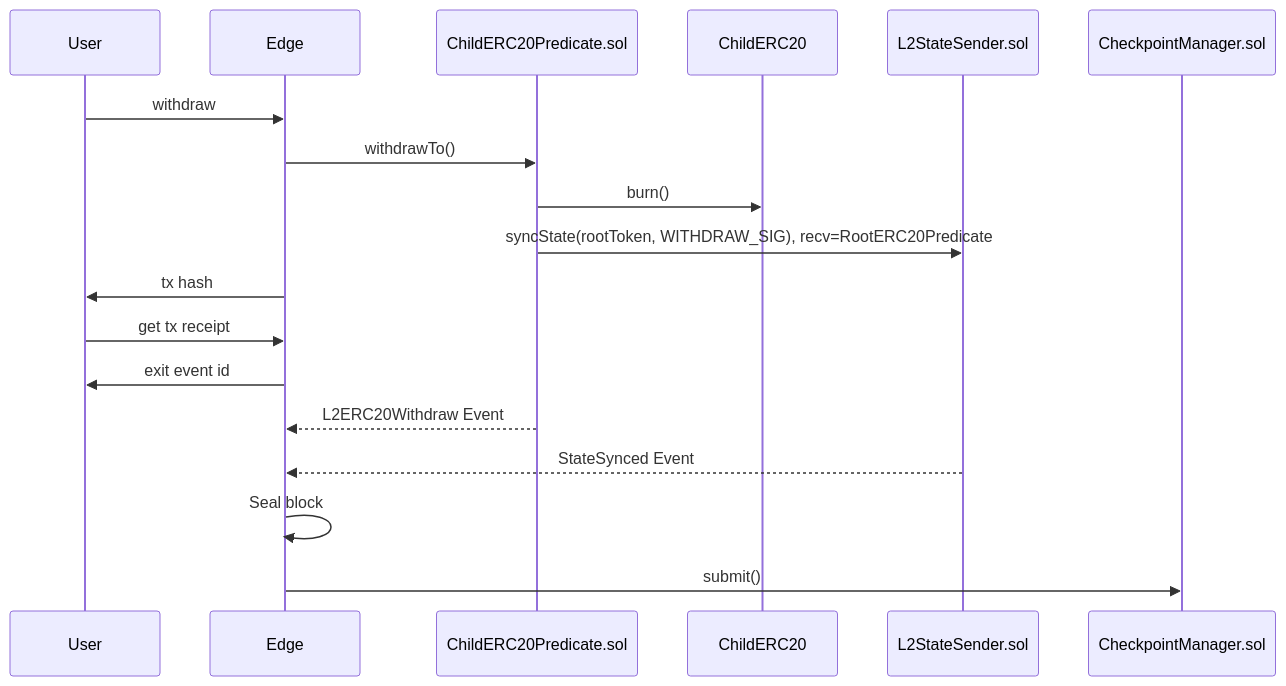
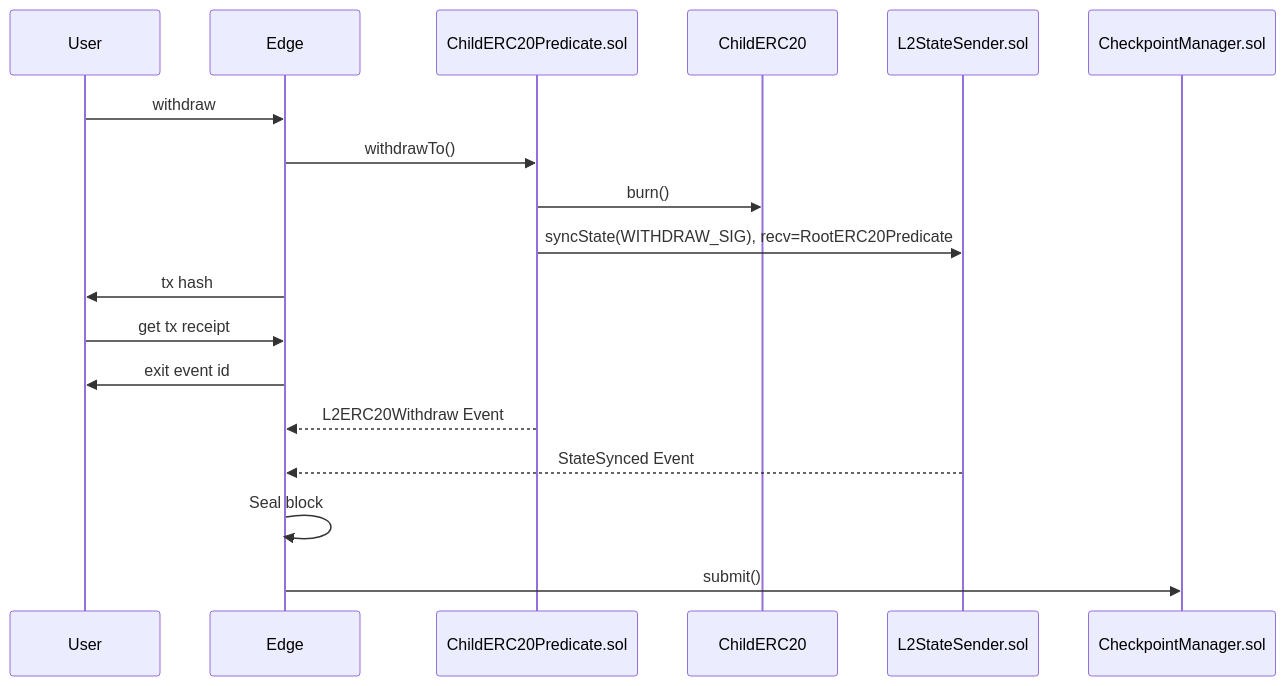
Before and after one commit to 0xPolygon/polygon-edge: the second of 3 diagrams in docs/bridge/sequences.md, drawn with Mermaid. The commit also changed other lines of this file, not shown here.

Commit message:
Add receivers to sync state actions

````diff
--- a/docs/bridge/sequences.md
+++ b/docs/bridge/sequences.md
@@ -29,14 +29,14 @@
 ```mermaid
 sequenceDiagram
 	User->>Edge: withdraw
 	Edge->>ChildERC20Predicate.sol: withdrawTo()
 	ChildERC20Predicate.sol->>ChildERC20: burn()
-	ChildERC20Predicate.sol->>L2StateSender.sol: syncState(rootToken, WITHDRAW_SIG), recv=RootERC20Predicate
+	ChildERC20Predicate.sol->>L2StateSender.sol: syncState(WITHDRAW_SIG), recv=RootERC20Predicate
 	Edge->>User: tx hash
 	User->>Edge: get tx receipt
 	Edge->>User: exit event id
 	ChildERC20Predicate.sol-->>Edge: L2ERC20Withdraw Event
 	L2StateSender.sol-->>Edge: StateSynced Event
 	Edge->>Edge: Seal block
 	Edge->>CheckpointManager.sol: submit()
 ```
````
